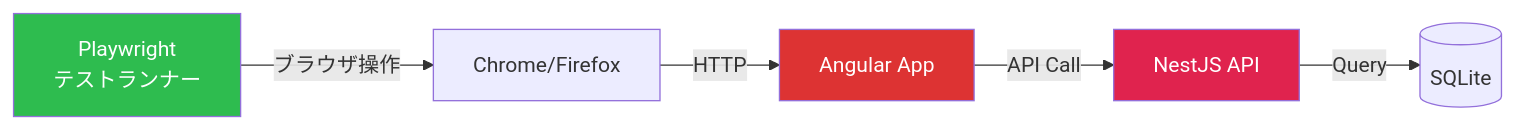
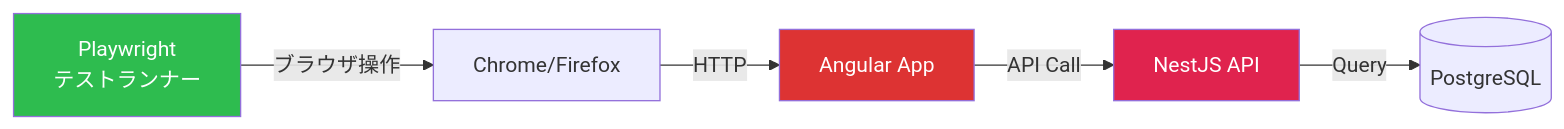
One commit to garchomp-game/nx-angular-nestjs-doc changed the diagram in src/content/docs/testing/e2e-testing.md. Above: the diagram before and after it, drawn with Mermaid. The commit also changed other lines of this file and 29 other files, not shown here.

````diff
--- a/src/content/docs/testing/e2e-testing.md
+++ b/src/content/docs/testing/e2e-testing.md
@@ -10,11 +10,11 @@
 ```mermaid
 graph LR
     PW["Playwright<br/>テストランナー"] -->|ブラウザ操作| BROWSER["Chrome/Firefox"]
     BROWSER -->|HTTP| ANGULAR["Angular App"]
     ANGULAR -->|API Call| NESTJS["NestJS API"]
-    NESTJS -->|Query| DB[(SQLite)]
+    NESTJS -->|Query| DB[(PostgreSQL)]
 
     style PW fill:#2ebc4f,color:#fff
     style ANGULAR fill:#dd3333,color:#fff
     style NESTJS fill:#e0234e,color:#fff
 ```
````
